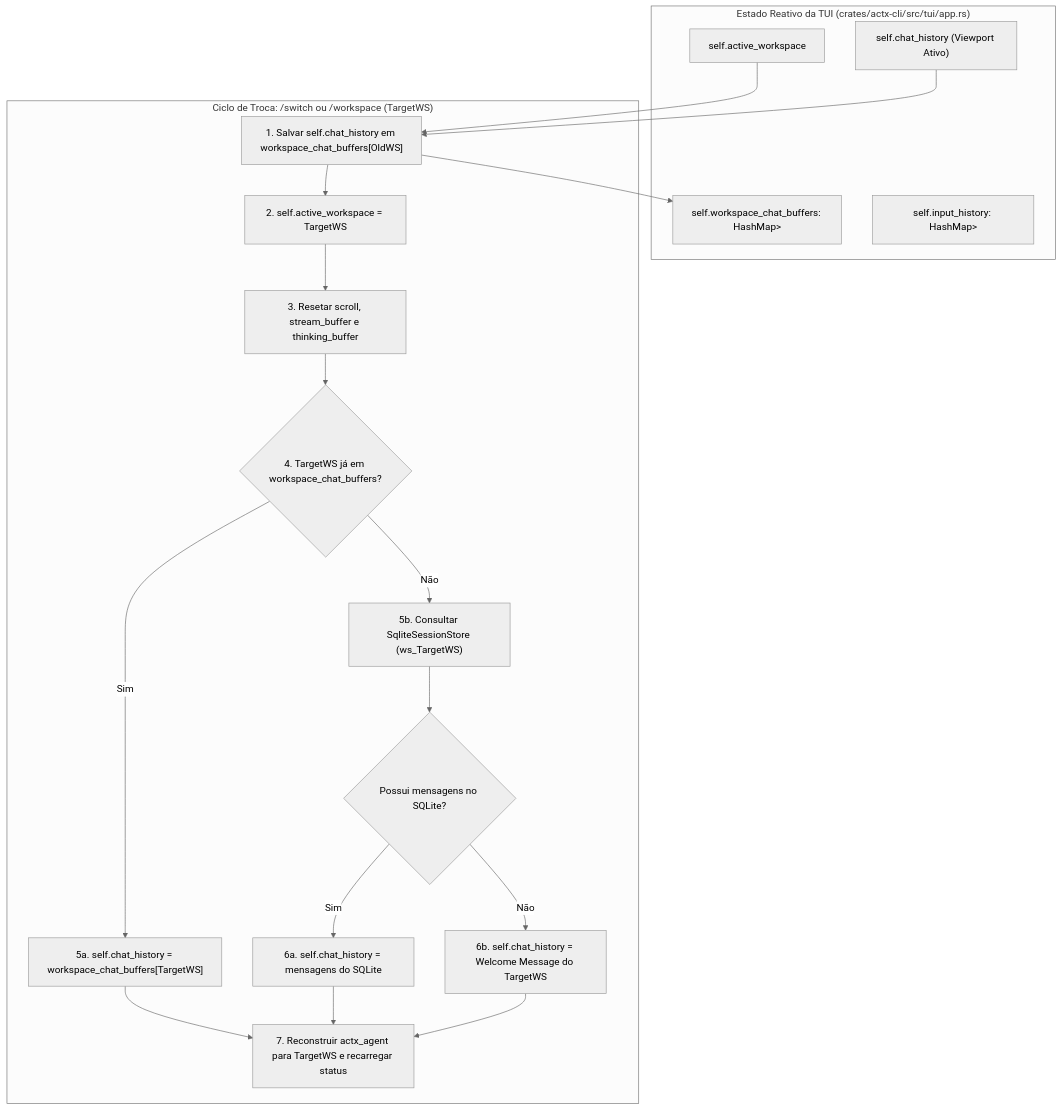
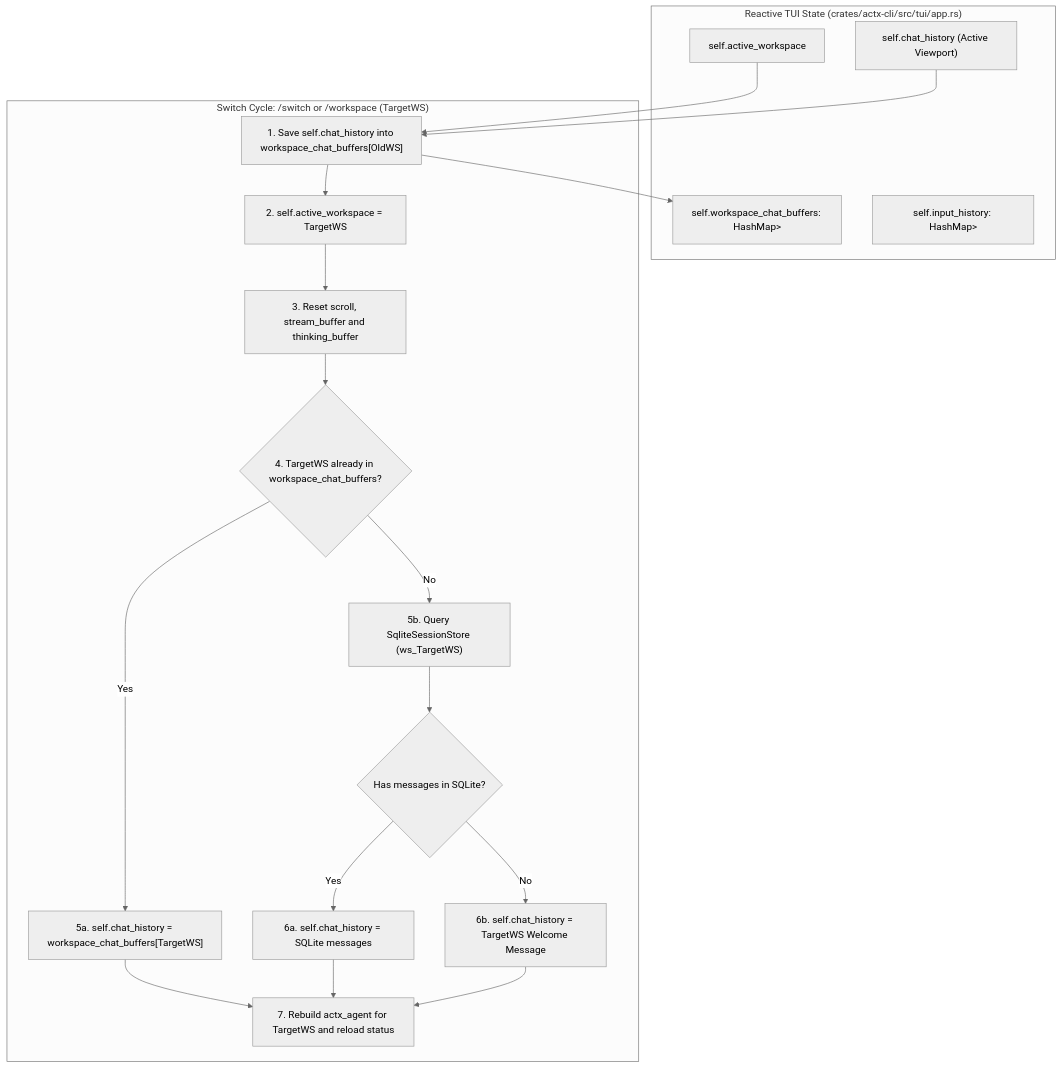
One commit to Levix-Digital/any-context changed the diagram in docs/plans/any_context_blueprint_v03210_isolamento_hermetico_de_buffers_de_chat_e_historico_por_workspace_na_tui_nativa.md. Above: the diagram before and after it, drawn with Mermaid (neutral theme). The commit also changed other lines of this file and 1 other file, not shown here.

````diff
--- a/docs/plans/any_context_blueprint_v03210_isolamento_hermetico_de_buffers_de_chat_e_historico_por_workspace_na_tui_nativa.md
+++ b/docs/plans/any_context_blueprint_v03210_isolamento_hermetico_de_buffers_de_chat_e_historico_por_workspace_na_tui_nativa.md
@@ -70,37 +70,37 @@
 ```mermaid
 flowchart TD
-    subgraph TUI_State["Estado Reativo da TUI (crates/actx-cli/src/tui/app.rs)"]
+    subgraph TUI_State["Reactive TUI State (crates/actx-cli/src/tui/app.rs)"]
         ActiveWS["self.active_workspace"]
-        ScreenBuffer["self.chat_history (Viewport Ativo)"]
+        ScreenBuffer["self.chat_history (Active Viewport)"]
         BufferMap["self.workspace_chat_buffers: HashMap<String, Vec<ChatMessageItem>>"]
         InputHist["self.input_history: HashMap<String, Vec<String>>"]
     end
 
-    subgraph SwitchLifecycle["Ciclo de Troca: /switch ou /workspace (TargetWS)"]
-        SaveOld["1. Salvar self.chat_history em workspace_chat_buffers[OldWS]"]
+    subgraph SwitchLifecycle["Switch Cycle: /switch or /workspace (TargetWS)"]
+        SaveOld["1. Save self.chat_history into workspace_chat_buffers[OldWS]"]
         UpdateWS["2. self.active_workspace = TargetWS"]
-        ResetViewport["3. Resetar scroll, stream_buffer e thinking_buffer"]
-        CheckCache{"4. TargetWS já em workspace_chat_buffers?"}
+        ResetViewport["3. Reset scroll, stream_buffer and thinking_buffer"]
+        CheckCache{"4. TargetWS already in workspace_chat_buffers?"}
         RestoreCache["5a. self.chat_history = workspace_chat_buffers[TargetWS]"]
-        QuerySQLite["5b. Consultar SqliteSessionStore (ws_TargetWS)"]
-        LoadSQL{"Possui mensagens no SQLite?"}
-        SetSQLMsgs["6a. self.chat_history = mensagens do SQLite"]
-        SetWelcome["6b. self.chat_history = Welcome Message do TargetWS"]
-        RebuildAgent["7. Reconstruir actx_agent para TargetWS e recarregar status"]
+        QuerySQLite["5b. Query SqliteSessionStore (ws_TargetWS)"]
+        LoadSQL{"Has messages in SQLite?"}
+        SetSQLMsgs["6a. self.chat_history = SQLite messages"]
+        SetWelcome["6b. self.chat_history = TargetWS Welcome Message"]
+        RebuildAgent["7. Rebuild actx_agent for TargetWS and reload status"]
     end
 
     ActiveWS --> SaveOld
     ScreenBuffer --> SaveOld
     SaveOld --> BufferMap
     SaveOld --> UpdateWS
     UpdateWS --> ResetViewport
     ResetViewport --> CheckCache
-    CheckCache -- Sim --> RestoreCache
-    CheckCache -- Não --> QuerySQLite
+    CheckCache -- Yes --> RestoreCache
+    CheckCache -- No --> QuerySQLite
     QuerySQLite --> LoadSQL
-    LoadSQL -- Sim --> SetSQLMsgs
-    LoadSQL -- Não --> SetWelcome
+    LoadSQL -- Yes --> SetSQLMsgs
+    LoadSQL -- No --> SetWelcome
     RestoreCache --> RebuildAgent
     SetSQLMsgs --> RebuildAgent
     SetWelcome --> RebuildAgent
 ```
````
